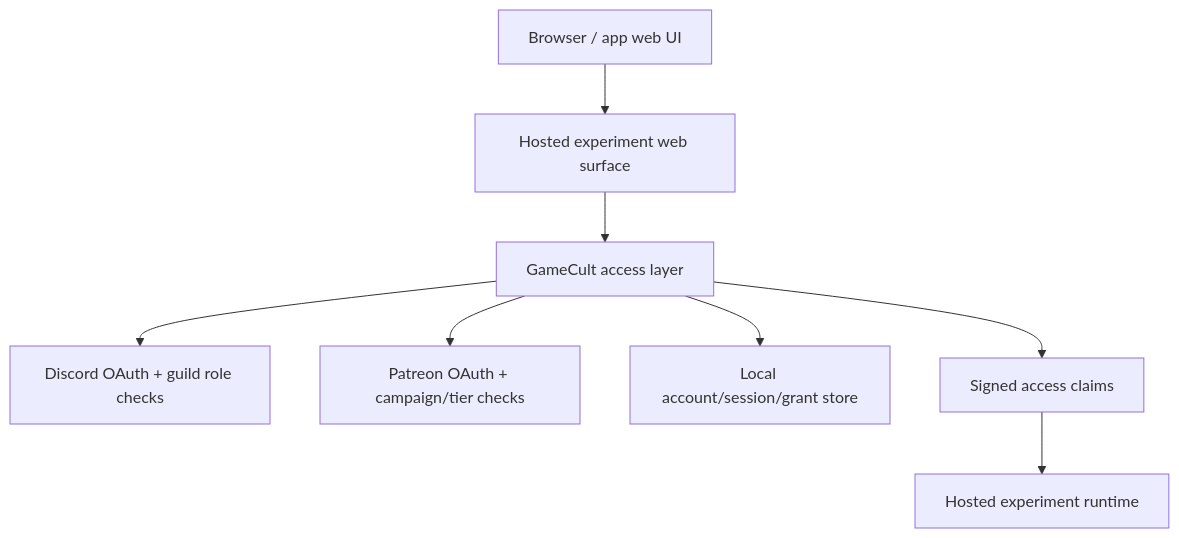
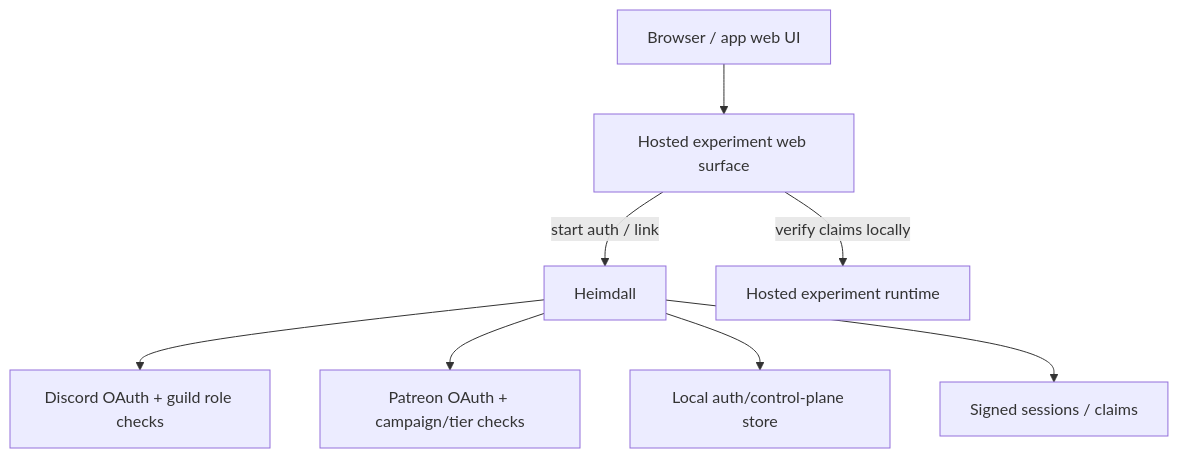
The diagram in docs/architecture.md (GameCult/Heimdall), drawn with Mermaid before and after one commit. The commit also changed other lines of this file and 11 other files, not shown here.

````diff
--- a/docs/architecture.md
+++ b/docs/architecture.md
@@ -69,10 +76,10 @@
 ```mermaid
 flowchart TD
     A["Browser / app web UI"] --> B["Hosted experiment web surface"]
-    B --> C["GameCult access layer"]
+    B -->|start auth / link| C["Heimdall"]
     C --> D["Discord OAuth + guild role checks"]
     C --> E["Patreon OAuth + campaign/tier checks"]
-    C --> F["Local account/session/grant store"]
-    C --> G["Signed access claims"]
-    G --> H["Hosted experiment runtime"]
+    C --> F["Local auth/control-plane store"]
+    C --> G["Signed sessions / claims"]
+    B -->|verify claims locally| H["Hosted experiment runtime"]
 ```
````
